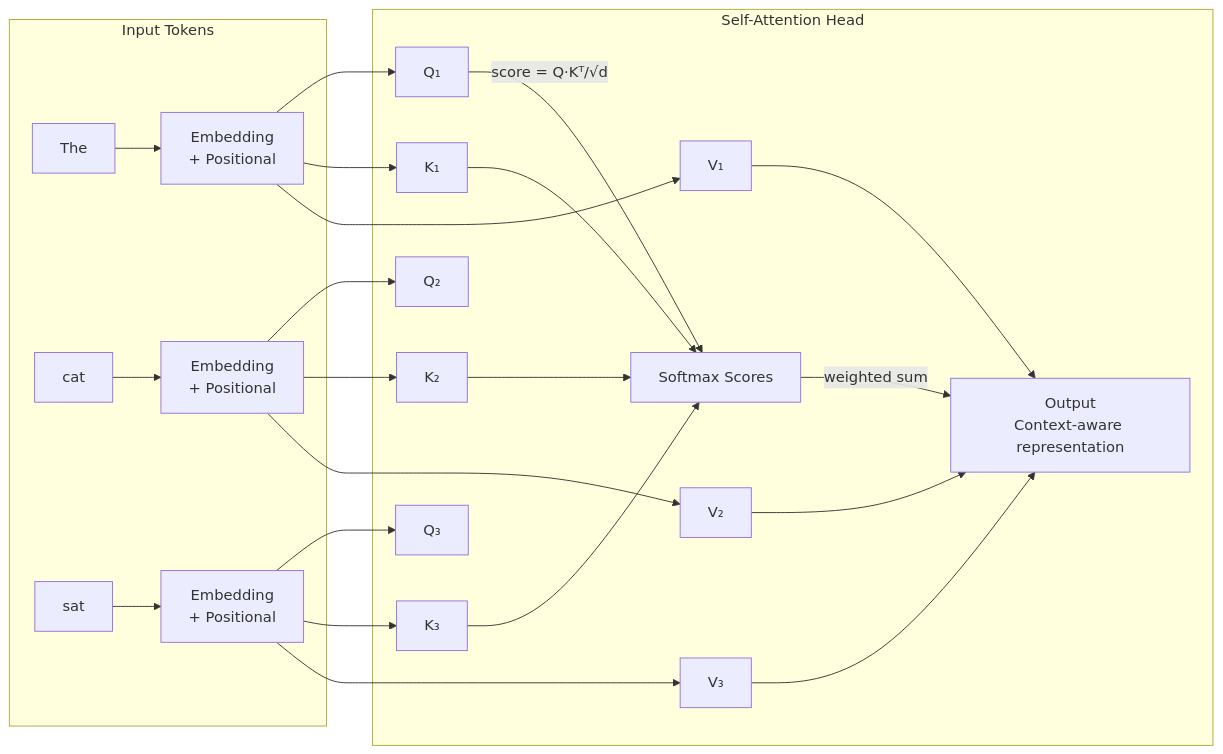
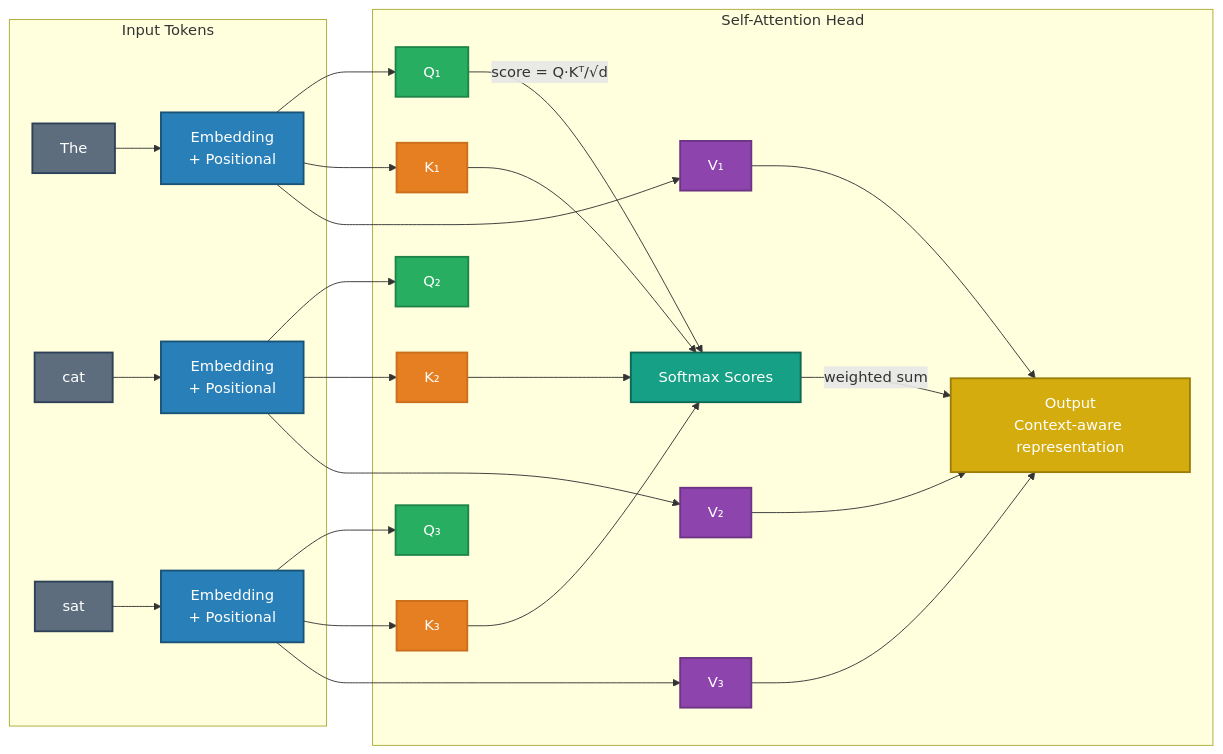
One commit to GyanendraChaubey/AI-Engineering-Notes changed the sixth of 24 diagrams in docs/17-interview-questions/topic_deep_dive_rag.md. Above: the diagram before and after it, drawn with Mermaid. The commit also changed other lines of this file and 74 other files, not shown here.

First line of the commit message:
refactor: split company_wise_interviews.md into 72 individual interview files + fix mermaid colors

````diff
--- a/docs/17-interview-questions/topic_deep_dive_rag.md
+++ b/docs/17-interview-questions/topic_deep_dive_rag.md
@@ -292,28 +322,46 @@
 ```mermaid
 graph LR
     subgraph INPUT["Input Tokens"]
         T1[The] --> E1[Embedding\n+ Positional]
         T2[cat] --> E2[Embedding\n+ Positional]
         T3[sat] --> E3[Embedding\n+ Positional]
     end
 
     subgraph ATTN["Self-Attention Head"]
         E1 --> Q1[Q₁]
         E2 --> Q2[Q₂]
         E3 --> Q3[Q₃]
         E1 --> K1[K₁]
         E2 --> K2[K₂]
         E3 --> K3[K₃]
         E1 --> V1[V₁]
         E2 --> V2[V₂]
         E3 --> V3[V₃]
         Q1 -->|"score = Q·Kᵀ/√d"| SCORE[Softmax Scores]
         K1 --> SCORE
         K2 --> SCORE
         K3 --> SCORE
         SCORE -->|weighted sum| OUT[Output\nContext-aware representation]
         V1 --> OUT
         V2 --> OUT
         V3 --> OUT
     end
+
+    style T1 fill:#5D6D7E,stroke:#2E4057,stroke-width:2px,color:#FFFFFF
+    style T2 fill:#5D6D7E,stroke:#2E4057,stroke-width:2px,color:#FFFFFF
+    style T3 fill:#5D6D7E,stroke:#2E4057,stroke-width:2px,color:#FFFFFF
+    style E1 fill:#2980B9,stroke:#1A5276,stroke-width:2px,color:#FFFFFF
+    style E2 fill:#2980B9,stroke:#1A5276,stroke-width:2px,color:#FFFFFF
+    style E3 fill:#2980B9,stroke:#1A5276,stroke-width:2px,color:#FFFFFF
+    style Q1 fill:#27AE60,stroke:#1E8449,stroke-width:2px,color:#FFFFFF
+    style Q2 fill:#27AE60,stroke:#1E8449,stroke-width:2px,color:#FFFFFF
+    style Q3 fill:#27AE60,stroke:#1E8449,stroke-width:2px,color:#FFFFFF
+    style K1 fill:#E67E22,stroke:#CA6F1E,stroke-width:2px,color:#FFFFFF
+    style K2 fill:#E67E22,stroke:#CA6F1E,stroke-width:2px,color:#FFFFFF
+    style K3 fill:#E67E22,stroke:#CA6F1E,stroke-width:2px,color:#FFFFFF
+    style V1 fill:#8E44AD,stroke:#6C3483,stroke-width:2px,color:#FFFFFF
+    style V2 fill:#8E44AD,stroke:#6C3483,stroke-width:2px,color:#FFFFFF
+    style V3 fill:#8E44AD,stroke:#6C3483,stroke-width:2px,color:#FFFFFF
+    style SCORE fill:#16A085,stroke:#0E6655,stroke-width:2px,color:#FFFFFF
+    style OUT fill:#D4AC0D,stroke:#9A7D0A,stroke-width:2px,color:#FFFFFF
 ```
````
